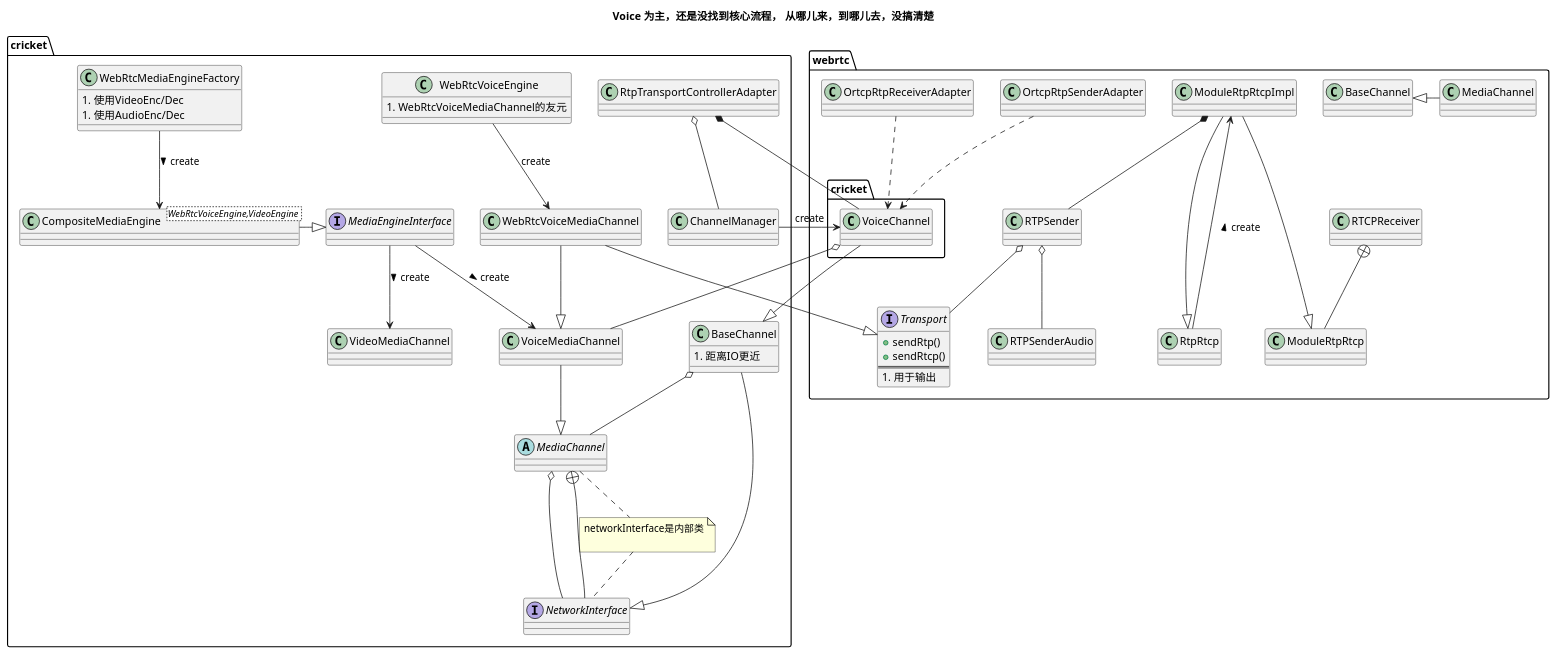
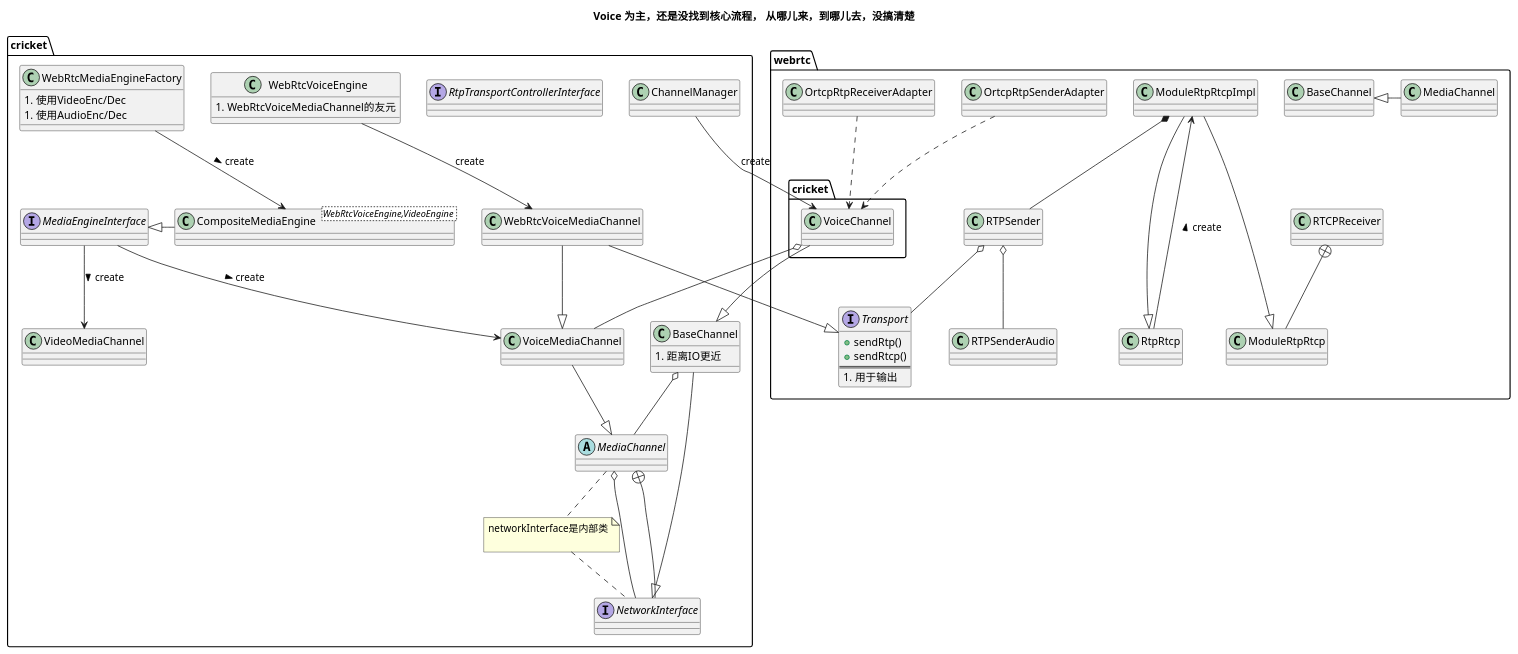
Before and after one commit to mingxin505/webrtcNote: the first of 3 diagrams in webrtc_chrome/modules.md, drawn with PlantUML. The commit also changed other lines of this file and 5 other files, not shown here.

````diff
--- a/webrtc_chrome/modules.md
+++ b/webrtc_chrome/modules.md
@@ -2,68 +2,69 @@
 ```plantuml
 @startuml
 title  Voice 为主，还是没找到核心流程， 从哪儿来，到哪儿去，没搞清楚 
 namespace webrtc {
     class RTPSender {
 
     }
     Interface Transport {
         + sendRtp()
         + sendRtcp()
         ==
         1. 用于输出
     }
     class OrtcpRtpSenderAdapter {}
     class OrtcpRtpReceiverAdapter {}
     RtpRtcp --> ModuleRtpRtcpImpl : create >
     RTCPReceiver +-- ModuleRtpRtcp 
     ModuleRtpRtcpImpl ---|> RtpRtcp
     ModuleRtpRtcpImpl ---|> ModuleRtpRtcp
     ModuleRtpRtcpImpl *-- RTPSender
     RTPSender o-- Transport
     RTPSender o-- RTPSenderAudio
     BaseChannel <|- MediaChannel
     OrtcpRtpSenderAdapter ..> cricket.VoiceChannel
     OrtcpRtpReceiverAdapter ..> cricket.VoiceChannel
 
 }
 namespace cricket {
     class BaseChannel {
         1. 距离IO更近
     }
     class MediaChannel {}
     class WebRtcMediaEngineFactory {
         1. 使用VideoEnc/Dec
         1. 使用AudioEnc/Dec
     } 
     interface MediaEngineInterface {
     }
     Abstract MediaChannel {}
     interface NetworkInterface {}
+    interface RtpTransportControllerInterface
     class CompositeMediaEngine <WebRtcVoiceEngine,VideoEngine >{ 
     } 
     class WebRtcVoiceEngine {
         1. WebRtcVoiceMediaChannel的友元
     }
+
     MediaChannel o-- NetworkInterface
     NetworkInterface --+ MediaChannel 
     note "networkInterface是内部类\n" as N1
     MediaChannel .. N1
     N1 .. NetworkInterface
-    RtpTransportControllerAdapter o-- ChannelManager
-    RtpTransportControllerAdapter *-- VoiceChannel
+
     ChannelManager --> VoiceChannel : create 
     BaseChannel --|> NetworkInterface
     BaseChannel o-- MediaChannel
     VoiceChannel --|> BaseChannel
     VoiceChannel o--VoiceMediaChannel
     WebRtcMediaEngineFactory -->CompositeMediaEngine : create >
     CompositeMediaEngine -|> MediaEngineInterface
     MediaEngineInterface --> VideoMediaChannel : create >
     MediaEngineInterface --> VoiceMediaChannel : create >
     WebRtcVoiceEngine --> WebRtcVoiceMediaChannel : create
     WebRtcVoiceMediaChannel --|> VoiceMediaChannel
     VoiceMediaChannel --|> MediaChannel
     WebRtcVoiceMediaChannel --|> webrtc.Transport
 }
 @enduml
 ```
````
